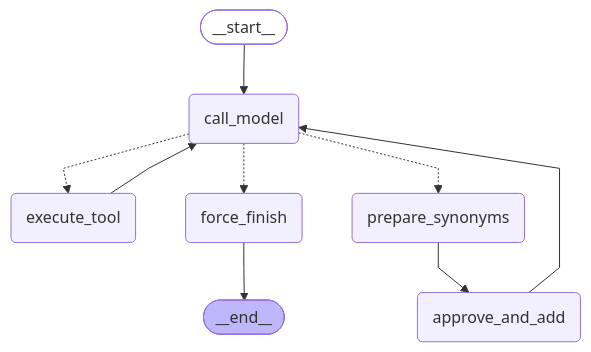
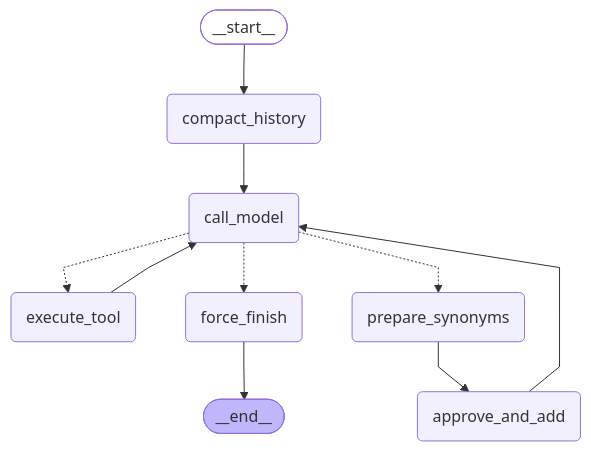
One commit to starostina-aleks/netology_project_ii changed the diagram in docs/agent-persistent-report.md. Above: the diagram before and after it, drawn with Mermaid. The commit also changed 7 other files, not shown here.

````diff
--- a/docs/agent-persistent-report.md
+++ b/docs/agent-persistent-report.md
@@ -67,26 +67,28 @@
 ```mermaid
 ---
 config:
   flowchart:
     curve: linear
 ---
 graph TD;
 	__start__([<p>__start__</p>]):::first
+	compact_history(compact_history)
 	call_model(call_model)
 	execute_tool(execute_tool)
 	prepare_synonyms(prepare_synonyms)
 	approve_and_add(approve_and_add)
 	force_finish(force_finish)
 	__end__([<p>__end__</p>]):::last
-	__start__ --> call_model;
+	__start__ --> compact_history;
 	approve_and_add --> call_model;
 	call_model -.-> execute_tool;
 	call_model -.-> force_finish;
 	call_model -.-> prepare_synonyms;
+	compact_history --> call_model;
 	execute_tool --> call_model;
 	prepare_synonyms --> approve_and_add;
 	force_finish --> __end__;
 	classDef default fill:#f2f0ff,line-height:1.2
 	classDef first fill-opacity:0
 	classDef last fill:#bfb6fc
 ```
````
